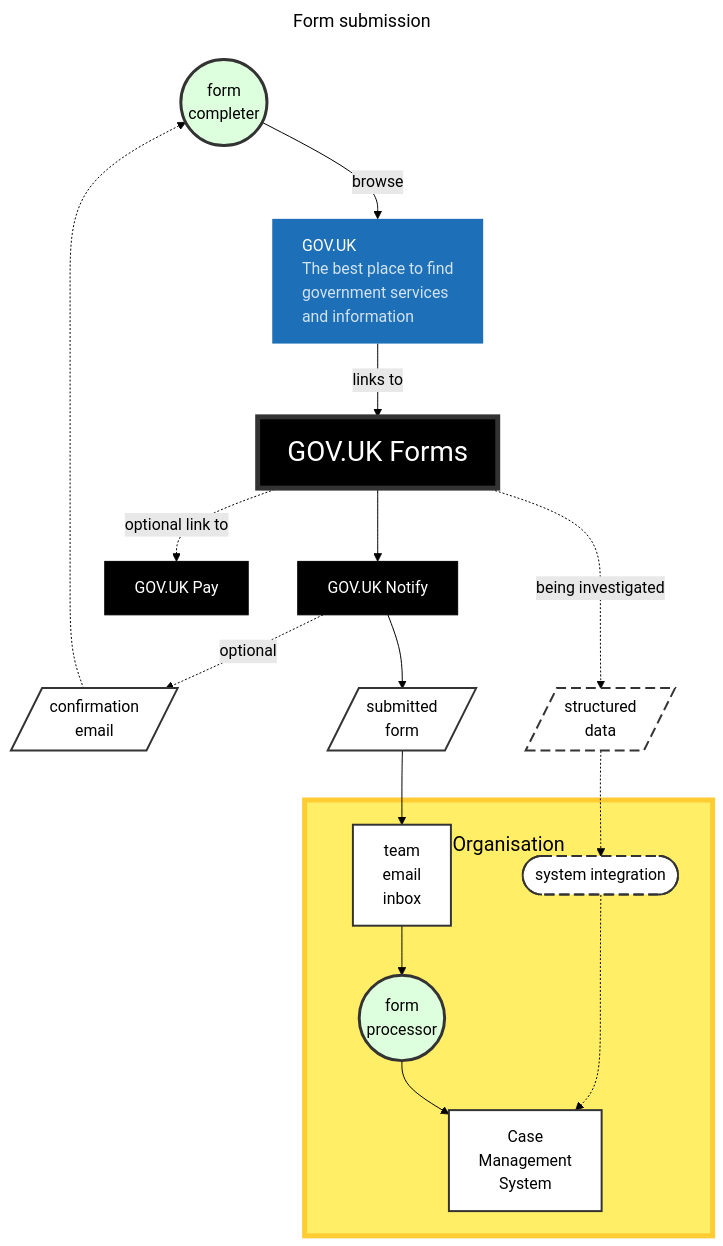
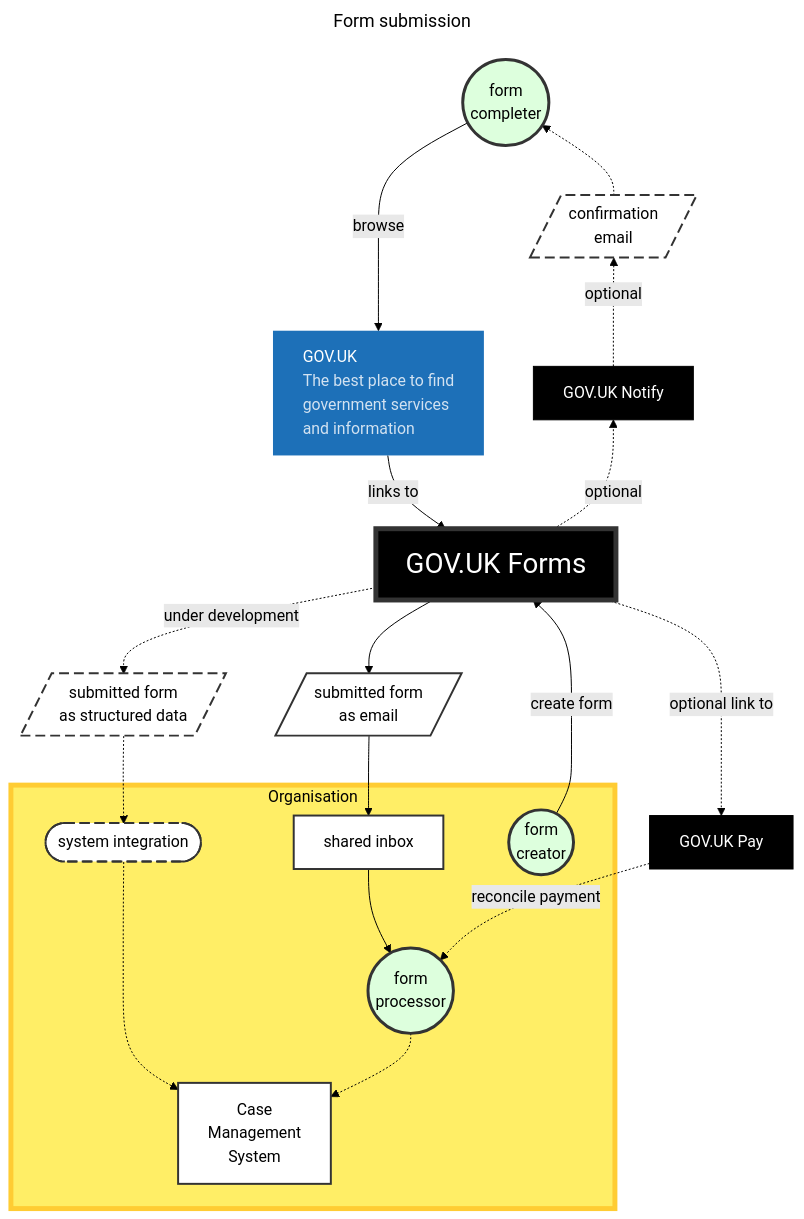
One commit to alphagov/forms changed the diagram in diagrams/architecture.md. Above: the diagram before and after it, drawn with Mermaid (forest theme).

Commit message:
Update architecture.md
Minor improvements.

````diff
--- a/diagrams/architecture.md
+++ b/diagrams/architecture.md
@@ -3,76 +3,73 @@
 ```mermaid
 ---
 title: Form submission
 ---
 
 graph TD
 
     classDef default fill:#fff,stroke:#333,stroke-width:2px;
 
     classDef govuk fill:#1d70b8,stroke:#333,stroke-width:0px,color:#fff,text-align:left,font:arial;
     classDef forms fill:#000,stroke:#333,stroke-width:5px,color:#fff,font-size:28px;
     classDef notify fill:#000,stroke:#000,stroke-width:1px,color:#fff;
     classDef pay fill:#000,stroke:#000,stroke-width:1px,color:#fff;
 
-    %%classDef gds fill:#fff,stroke:#333,stroke-width:1px,color:#888,padding:10px,font-size:28px;
-    classDef org fill:#fe6,stroke:#fc3,stroke-width:5px,color:#000,padding:10px,font-size:20px;
+    classDef org fill:#fe6,stroke:#fc3,stroke-width:5px,color:#000;
 
     classDef user fill:#dfd,stroke:#333,stroke-width:3px,color:#000;
 
     classDef optional stroke-dasharray: 10 5;
 
     user((form<br>completer))
 
-    %% subgraph gds [Government Digital Service]
-        %% gov.uk[GOV.UK]
-        gov.uk[GOV.UK
-        <font color=#d2e2f1>The best place to find
-        government services
-        and information</font>]
-        forms[GOV.UK Forms]
-        notify[GOV.UK Notify]
-        pay[GOV.UK Pay]
-    %% end
+    gov.uk[GOV.UK
+    <font color=#d2e2f1>The best place to find
+    government services
+    and information</font>]
+    forms[GOV.UK Forms]
+    notify[GOV.UK Notify]
+    pay[GOV.UK Pay]
 
     class gov.uk govuk
     class forms forms
     class notify notify
     class pay pay
     class gds gds
 
 
     subgraph org [Organisation]
-        inbox[team<br>email<br/>inbox]
+
+        inbox[shared inbox]
         case[Case<br>Management<br>System]
-        %%rpa[Robotic<br/>Process<br/>Automation]
         integration([system integration])
 
+        creator((form<br>creator))
         processor((form<br>processor))
 
         integration -..-> case
-        inbox --> processor --> case
-        %%inbox-.->rpa-.->case
-        
+        inbox --> processor -.-> case
+
     end
     
+    confirmation[/confirmation<br/>email/]
+    email[/submitted form<br/>as email/]
+    data[/submitted form<br/>as structured data/]
+
+    forms ~~~ creator
+    creator -- create form --> forms
+
+    user ~~~ confirmation ~~~ notify ~~~ forms
+
+    user -- browse --> gov.uk -- links to --> forms -. optional .-> notify -. optional .-> confirmation -.-> user
+
+    forms --> email --> inbox
+    
+    forms -. under development .-> data  -.-> integration
+
+    forms -. optional link to .-> pay -. reconcile payment .-> processor
+
     class org org
-
-    confirmation[/confirmation<br/>email/]
-    email[/submitted<br/>form/]
-    data[/structured<br/>data/]
-
-class integration,data optional
-
-    user -- browse --> gov.uk -- links to --> forms --> notify -. optional .-> confirmation -.-> user
-
-    notify --> email --> inbox
-
-    
-
-    forms -. being investigated .-> data  -.-> integration
-
-    forms -. optional link to .-> pay
-
-    class user,processor user
+    class user,processor,creator user
+    class integration,data,confirmation optional
 
 ```
````
